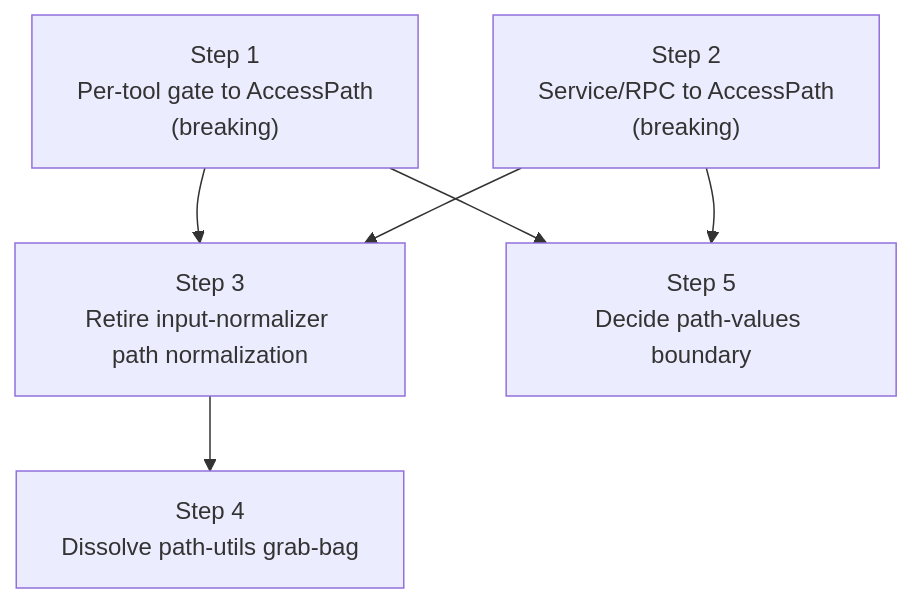
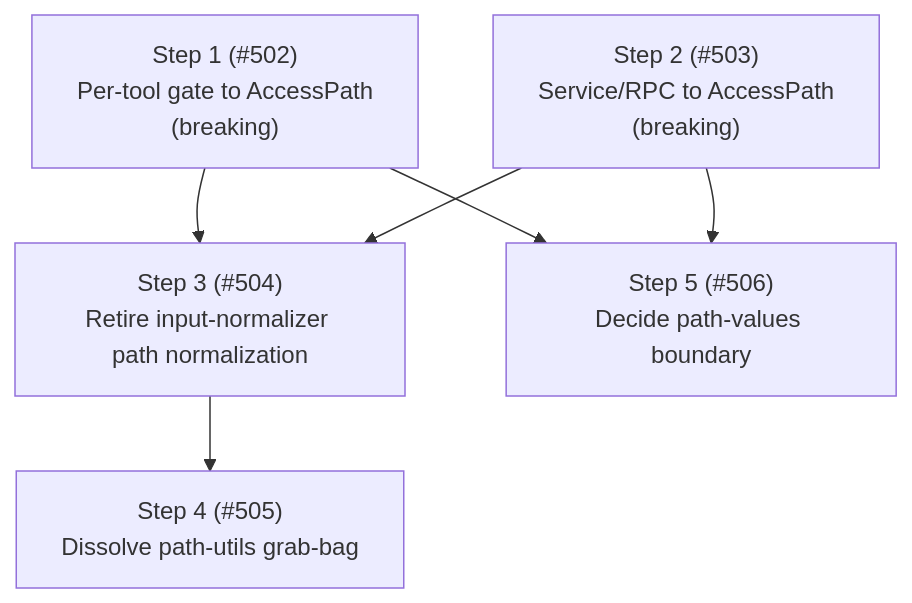
Before and after one commit to whaoa/forked-gotgenes-pi-packages: the fourth of 4 diagrams in packages/pi-permission-system/docs/architecture/architecture.md, drawn with Mermaid. The commit also changed other lines of this file, not shown here.

Commit message:
docs(pi-permission-system): link Phase 7 roadmap steps to issues #502-#506

````diff
--- a/packages/pi-permission-system/docs/architecture/architecture.md
+++ b/packages/pi-permission-system/docs/architecture/architecture.md
@@ -822,14 +822,14 @@
 ```mermaid
 flowchart TD
-    S1["Step 1<br/>Per-tool gate to AccessPath<br/>(breaking)"]
-    S2["Step 2<br/>Service/RPC to AccessPath<br/>(breaking)"]
-    S3["Step 3<br/>Retire input-normalizer path normalization"]
-    S4["Step 4<br/>Dissolve path-utils grab-bag"]
-    S5["Step 5<br/>Decide path-values boundary"]
+    S1["Step 1 (#502)<br/>Per-tool gate to AccessPath<br/>(breaking)"]
+    S2["Step 2 (#503)<br/>Service/RPC to AccessPath<br/>(breaking)"]
+    S3["Step 3 (#504)<br/>Retire input-normalizer path normalization"]
+    S4["Step 4 (#505)<br/>Dissolve path-utils grab-bag"]
+    S5["Step 5 (#506)<br/>Decide path-values boundary"]
 
     S1 --> S3
     S2 --> S3
     S3 --> S4
     S1 --> S5
     S2 --> S5
 ```
````
